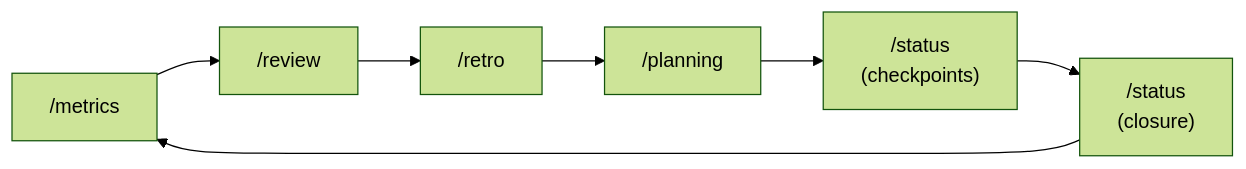
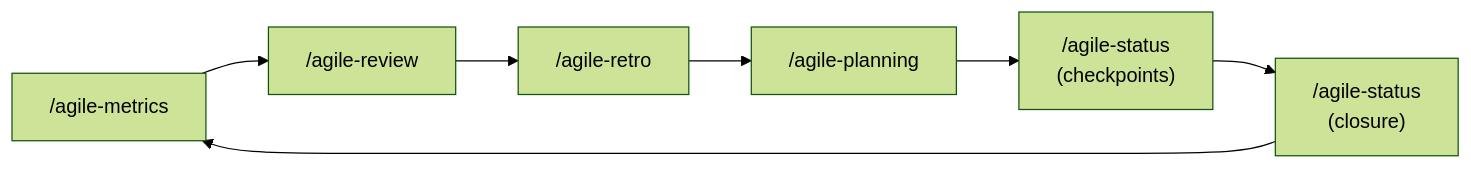
Before and after one commit to djalmajr/essential-skills: the diagram in docs/agile/guides/sprint-lifecycle.md, drawn with Mermaid (forest theme). The commit also changed other lines of this file and 16 other files, not shown here.

````diff
--- a/docs/agile/guides/sprint-lifecycle.md
+++ b/docs/agile/guides/sprint-lifecycle.md
@@ -230,9 +230,9 @@
 ```mermaid
 flowchart LR
-    A["/metrics"] --> B["/review"]
-    B --> C["/retro"]
-    C --> D["/planning"]
-    D --> E["/status<br>(checkpoints)"]
-    E --> F["/status<br>(closure)"]
+    A["/agile-metrics"] --> B["/agile-review"]
+    B --> C["/agile-retro"]
+    C --> D["/agile-planning"]
+    D --> E["/agile-status<br>(checkpoints)"]
+    E --> F["/agile-status<br>(closure)"]
     F --> A
 ```
````
